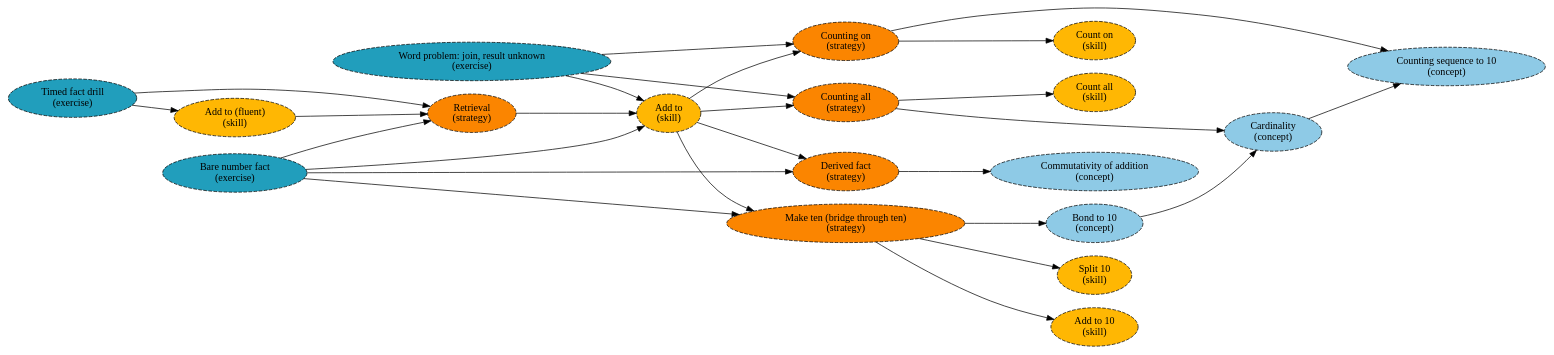
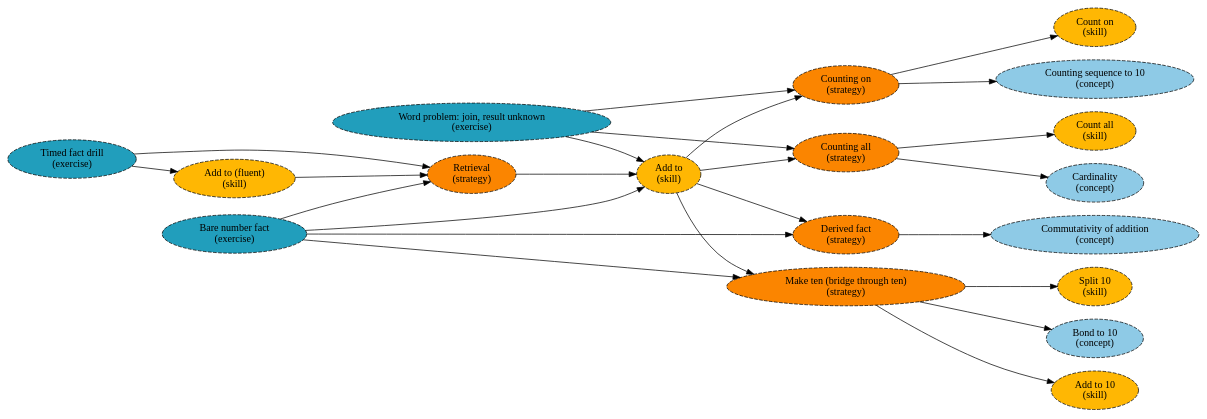
Before and after one commit to DrPrettyman/NuMa: the diagram in MOME/visualisation/graph.dot, drawn with Graphviz. The commit also changed 7 other files, not shown here.

Commit message:
updated concept schema

```diff
--- a/MOME/visualisation/graph.dot
+++ b/MOME/visualisation/graph.dot
@@ -1,46 +1,44 @@
 digraph MOME {
   rankdir="LR";
   "concept.bond_to_10" [label="Bond to 10\n(concept)", style="filled,dashed", fillcolor="#8ecae6"];
   "concept.cardinality" [label="Cardinality\n(concept)", style="filled,dashed", fillcolor="#8ecae6"];
   "concept.commutativity_of_addition" [label="Commutativity of addition\n(concept)", style="filled,dashed", fillcolor="#8ecae6"];
   "concept.counting_sequence_to_10" [label="Counting sequence to 10\n(concept)", style="filled,dashed", fillcolor="#8ecae6"];
   "exercise.bare_number_fact" [label="Bare number fact\n(exercise)", style="filled,dashed", fillcolor="#219ebc"];
   "exercise.timed_fact_drill" [label="Timed fact drill\n(exercise)", style="filled,dashed", fillcolor="#219ebc"];
   "exercise.word_problem_join_result_unknown" [label="Word problem: join, result unknown\n(exercise)", style="filled,dashed", fillcolor="#219ebc"];
   "skill.add_to" [label="Add to\n(skill)", style="filled,dashed", fillcolor="#ffb703"];
   "skill.add_to_10" [label="Add to 10\n(skill)", style="filled,dashed", fillcolor="#ffb703"];
   "skill.add_to_fluent" [label="Add to (fluent)\n(skill)", style="filled,dashed", fillcolor="#ffb703"];
   "skill.count_all" [label="Count all\n(skill)", style="filled,dashed", fillcolor="#ffb703"];
   "skill.count_on" [label="Count on\n(skill)", style="filled,dashed", fillcolor="#ffb703"];
   "skill.split_10" [label="Split 10\n(skill)", style="filled,dashed", fillcolor="#ffb703"];
   "strategy.counting_all" [label="Counting all\n(strategy)", style="filled,dashed", fillcolor="#fb8500"];
   "strategy.counting_on" [label="Counting on\n(strategy)", style="filled,dashed", fillcolor="#fb8500"];
   "strategy.derived_fact" [label="Derived fact\n(strategy)", style="filled,dashed", fillcolor="#fb8500"];
   "strategy.make_ten" [label="Make ten (bridge through ten)\n(strategy)", style="filled,dashed", fillcolor="#fb8500"];
   "strategy.retrieval" [label="Retrieval\n(strategy)", style="filled,dashed", fillcolor="#fb8500"];
-  "concept.bond_to_10" -> "concept.cardinality";
-  "concept.cardinality" -> "concept.counting_sequence_to_10";
   "exercise.bare_number_fact" -> "skill.add_to";
   "exercise.bare_number_fact" -> "strategy.make_ten";
   "exercise.bare_number_fact" -> "strategy.derived_fact";
   "exercise.bare_number_fact" -> "strategy.retrieval";
   "exercise.timed_fact_drill" -> "skill.add_to_fluent";
   "exercise.timed_fact_drill" -> "strategy.retrieval";
   "exercise.word_problem_join_result_unknown" -> "skill.add_to";
   "exercise.word_problem_join_result_unknown" -> "strategy.counting_all";
   "exercise.word_problem_join_result_unknown" -> "strategy.counting_on";
   "skill.add_to" -> "strategy.counting_all";
   "skill.add_to" -> "strategy.counting_on";
   "skill.add_to" -> "strategy.make_ten";
   "skill.add_to" -> "strategy.derived_fact";
   "skill.add_to_fluent" -> "strategy.retrieval";
   "strategy.counting_all" -> "concept.cardinality";
   "strategy.counting_all" -> "skill.count_all";
   "strategy.counting_on" -> "concept.counting_sequence_to_10";
   "strategy.counting_on" -> "skill.count_on";
   "strategy.derived_fact" -> "concept.commutativity_of_addition";
   "strategy.make_ten" -> "concept.bond_to_10";
   "strategy.make_ten" -> "skill.split_10";
   "strategy.make_ten" -> "skill.add_to_10";
   "strategy.retrieval" -> "skill.add_to";
 }
```
